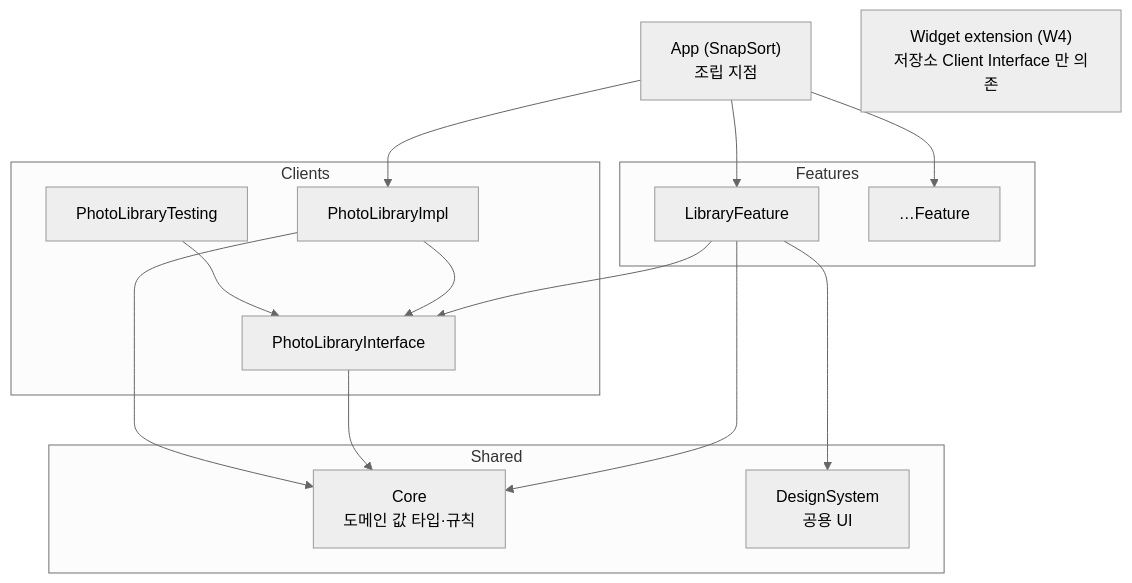
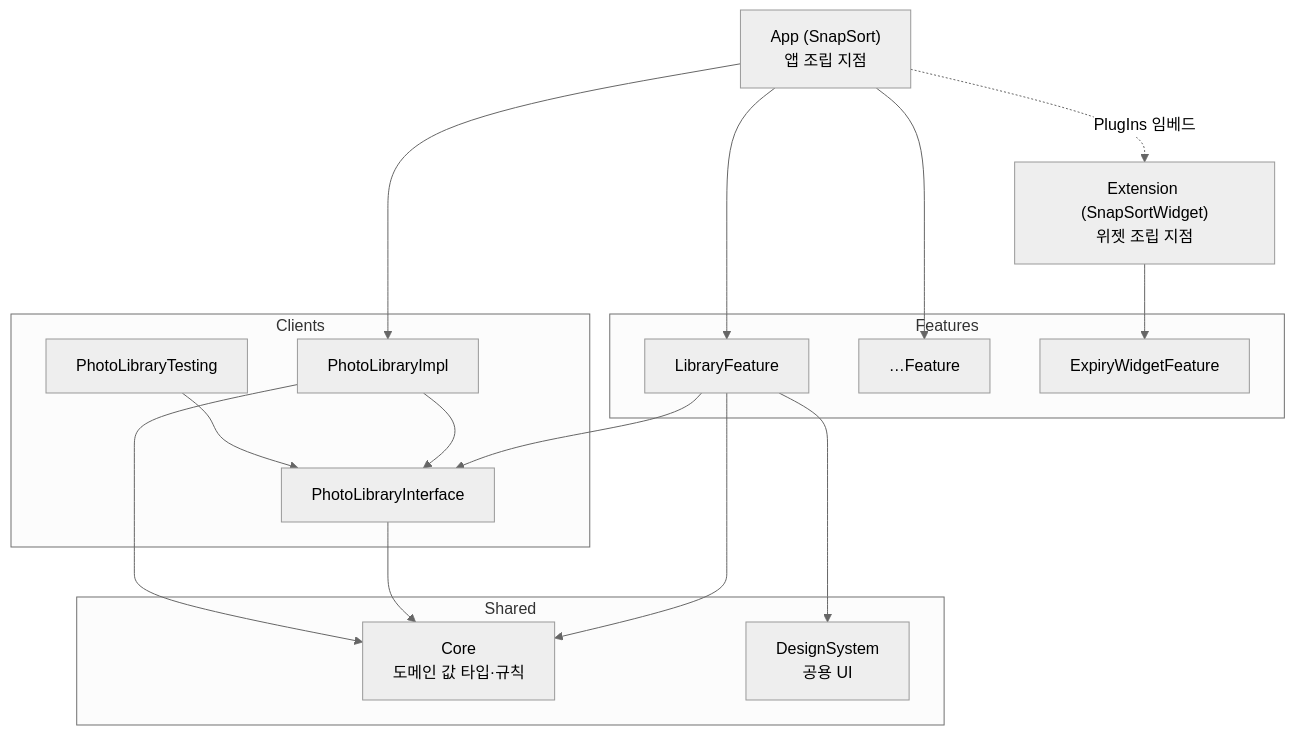
One commit to zopandagom/snapsort-ios changed the second of 2 diagrams in docs/ARCHITECTURE.md. Above: the diagram before and after it, drawn with Mermaid (neutral theme). The commit also changed other lines of this file and 3 other files, not shown here.

````diff
--- a/docs/ARCHITECTURE.md
+++ b/docs/ARCHITECTURE.md
@@ -76,26 +78,29 @@
 ```mermaid
 flowchart TD
-    App["App (SnapSort)<br/>조립 지점"]
-    Widget["Widget extension (W4)<br/>저장소 Client Interface 만 의존"]
+    App["App (SnapSort)<br/>앱 조립 지점"]
+    Widget["Extension (SnapSortWidget)<br/>위젯 조립 지점"]
     subgraph Features
       Library["LibraryFeature"]
       Other["…Feature"]
+      EW["ExpiryWidgetFeature"]
     end
     subgraph Clients
       PI["PhotoLibraryInterface"]
       PImpl["PhotoLibraryImpl"]
       PT["PhotoLibraryTesting"]
     end
     subgraph Shared
       Core["Core<br/>도메인 값 타입·규칙"]
       DS["DesignSystem<br/>공용 UI"]
     end
 
     App --> Library & Other
+    App -. PlugIns 임베드 .-> Widget
+    Widget --> EW
     App --> PImpl
     Library --> PI
     Library --> DS
     PImpl --> PI
     PT --> PI
     Library & PI & PImpl --> Core
 ```
````
